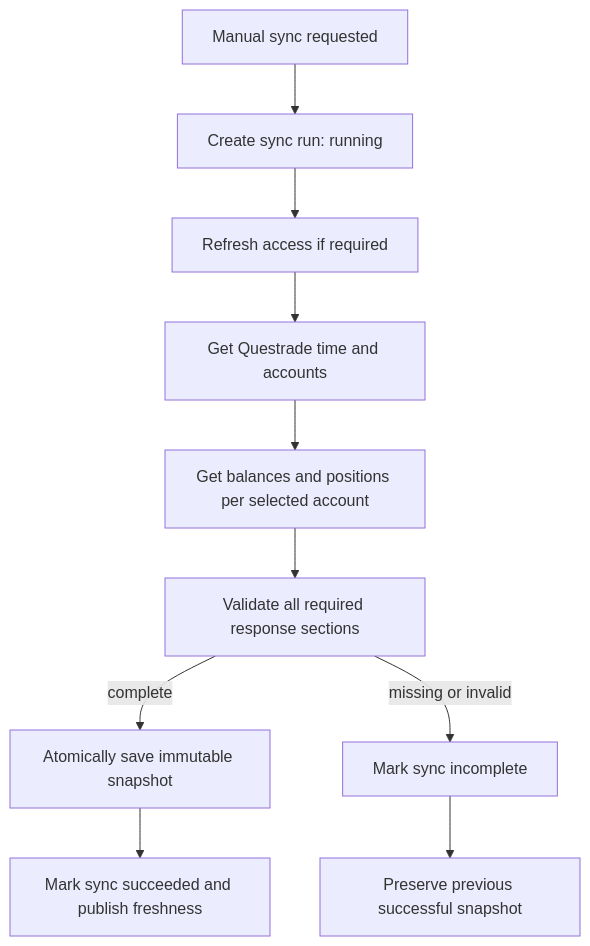
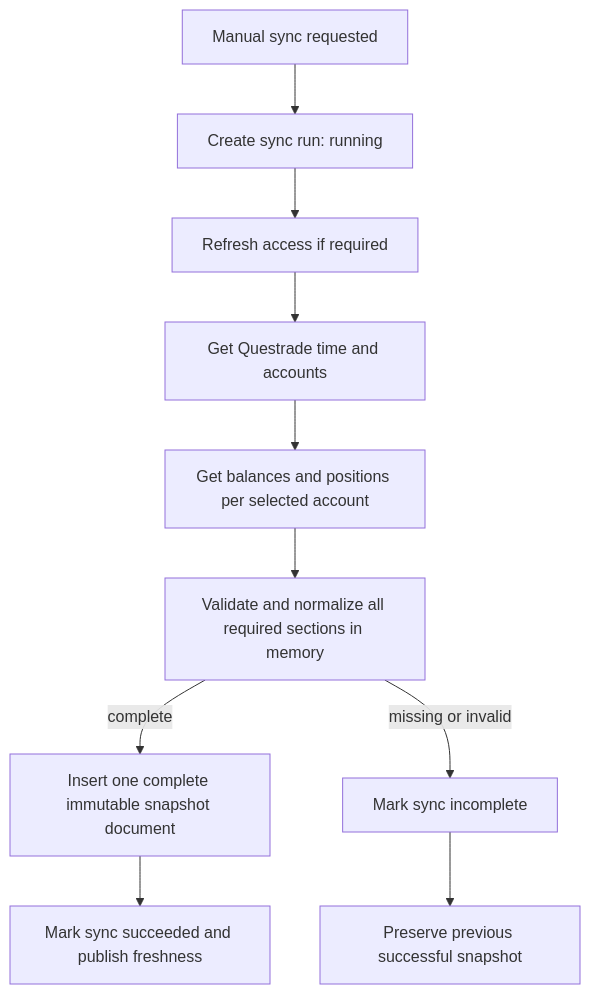
The third of 4 diagrams in TODOS/questrade_investments_integration_implementation_plan.md (keithmacdonalddev/qbo-escalations), drawn with Mermaid before and after one commit. The commit also changed other lines of this file and 3 other files, not shown here.

````diff
--- a/TODOS/questrade_investments_integration_implementation_plan.md
+++ b/TODOS/questrade_investments_integration_implementation_plan.md
@@ -261,12 +266,12 @@
 ```mermaid
 flowchart TD
     A[Manual sync requested] --> B[Create sync run: running]
     B --> C[Refresh access if required]
     C --> D[Get Questrade time and accounts]
     D --> E[Get balances and positions per selected account]
-    E --> F[Validate all required response sections]
-    F -->|complete| G[Atomically save immutable snapshot]
+    E --> F[Validate and normalize all required sections in memory]
+    F -->|complete| G[Insert one complete immutable snapshot document]
     G --> H[Mark sync succeeded and publish freshness]
     F -->|missing or invalid| I[Mark sync incomplete]
     I --> J[Preserve previous successful snapshot]
 ```
````
